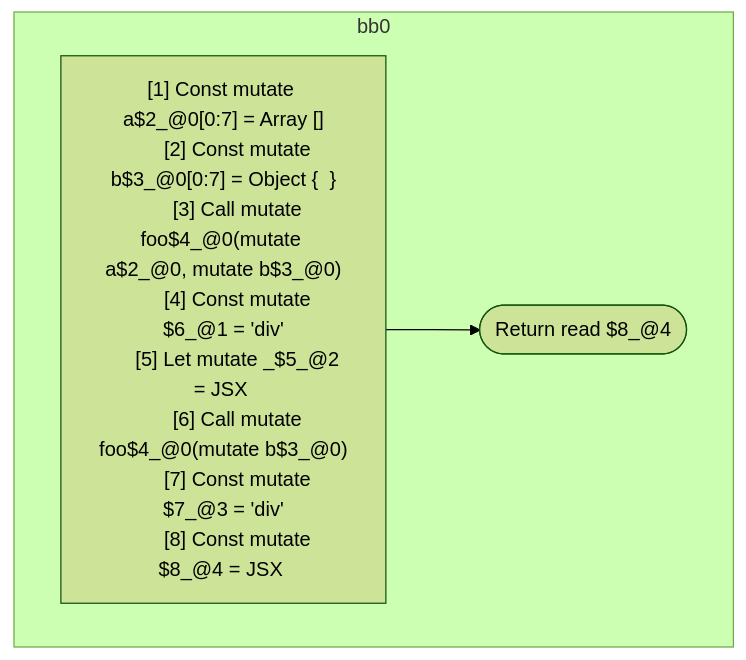
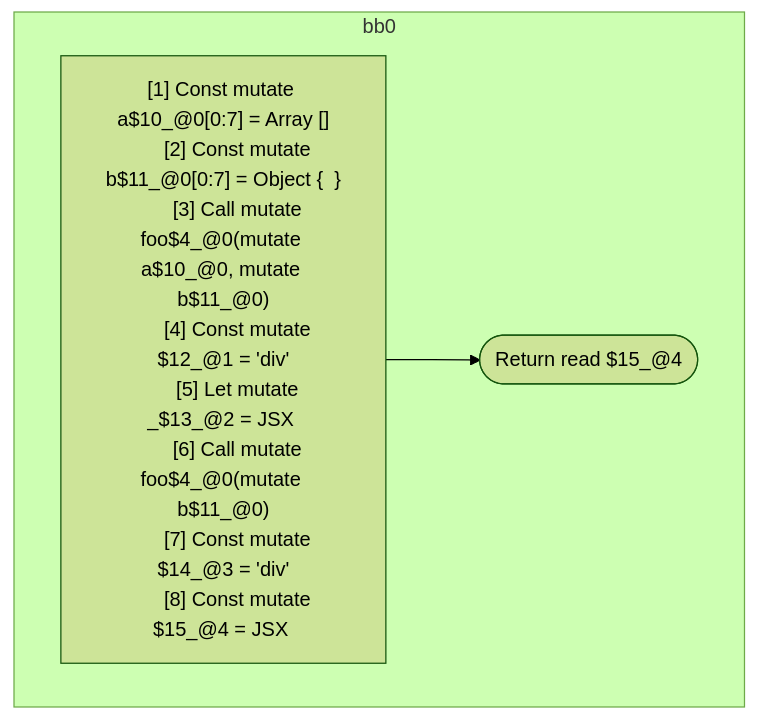
Before and after one commit to wutsmog/private: the second of 2 diagrams in compiler/forget/src/__tests__/fixtures/hir/call.expect.md, drawn with Mermaid (forest theme). The commit also changed other lines of this file and 59 other files, not shown here.

````diff
--- a/compiler/forget/src/__tests__/fixtures/hir/call.expect.md
+++ b/compiler/forget/src/__tests__/fixtures/hir/call.expect.md
@@ -61,20 +61,20 @@
 ```mermaid
 flowchart TB
   %% Basic Blocks
   subgraph bb0
     bb0_instrs["
-      [1] Const mutate a$2_@0[0:7] = Array []
-      [2] Const mutate b$3_@0[0:7] = Object {  }
-      [3] Call mutate foo$4_@0(mutate a$2_@0, mutate b$3_@0)
-      [4] Const mutate $6_@1 = 'div'
-      [5] Let mutate _$5_@2 = JSX <read $6_@1 a={freeze a$2_@0} ></read $6_@1>
-      [6] Call mutate foo$4_@0(mutate b$3_@0)
-      [7] Const mutate $7_@3 = 'div'
-      [8] Const mutate $8_@4 = JSX <read $7_@3 a={read a$2_@0} b={freeze b$3_@0} ></read $7_@3>
+      [1] Const mutate a$10_@0[0:7] = Array []
+      [2] Const mutate b$11_@0[0:7] = Object {  }
+      [3] Call mutate foo$4_@0(mutate a$10_@0, mutate b$11_@0)
+      [4] Const mutate $12_@1 = 'div'
+      [5] Let mutate _$13_@2 = JSX <read $12_@1 a={freeze a$10_@0} ></read $12_@1>
+      [6] Call mutate foo$4_@0(mutate b$11_@0)
+      [7] Const mutate $14_@3 = 'div'
+      [8] Const mutate $15_@4 = JSX <read $14_@3 a={read a$10_@0} b={freeze b$11_@0} ></read $14_@3>
     "]
-    bb0_instrs --> bb0_terminal(["Return read $8_@4"])
+    bb0_instrs --> bb0_terminal(["Return read $15_@4"])
   end
 
   %% Jumps
   %% empty
 ```
````
